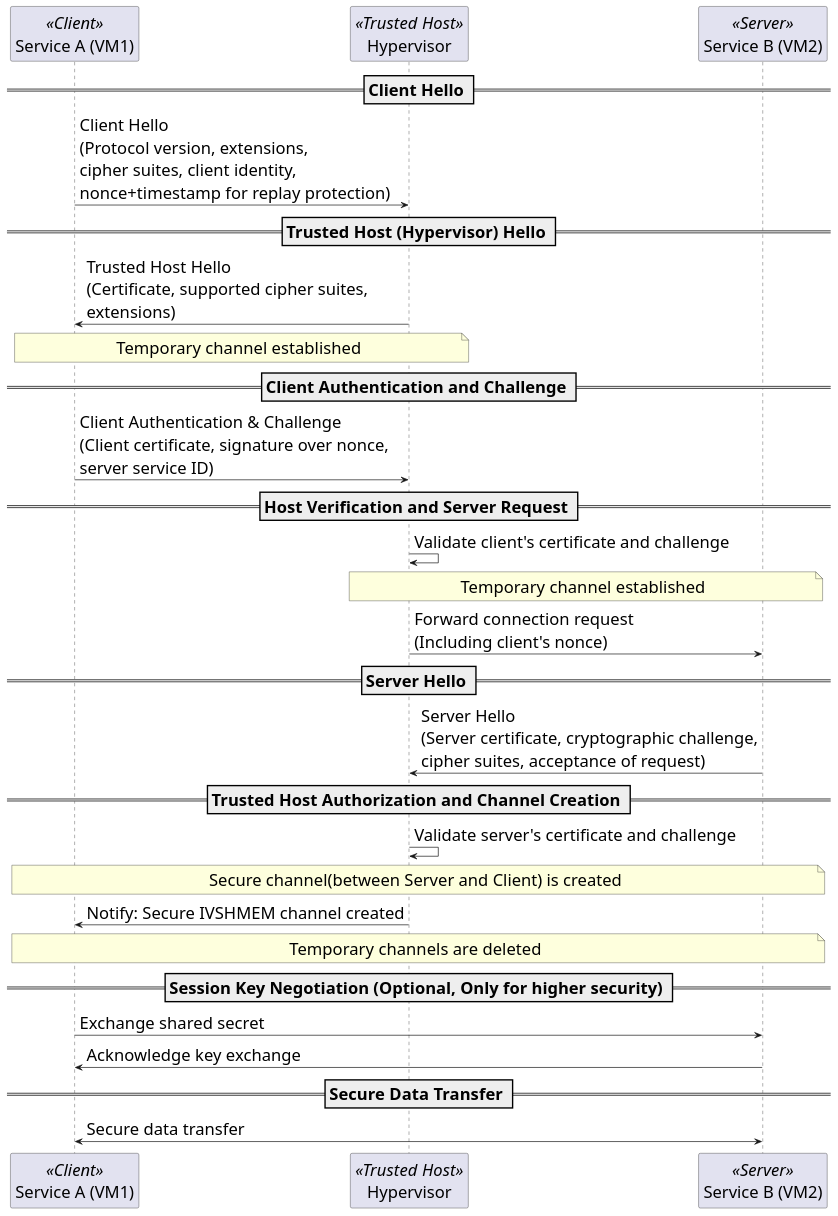
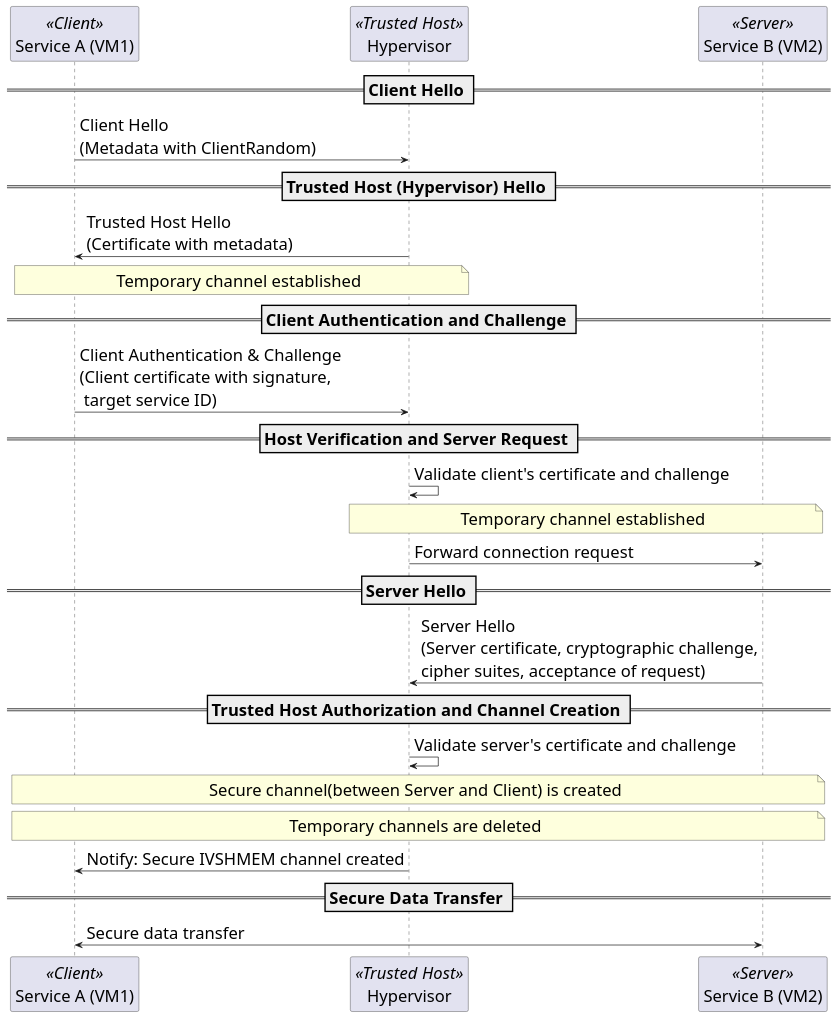
The diagram in assets/umls/secure_protocol.puml (5yearsKim/SecureIVSHMEM), drawn with PlantUML before and after one commit. The commit also changed 8 other files, not shown here.

```diff
--- a/assets/umls/secure_protocol.puml
+++ b/assets/umls/secure_protocol.puml
@@ -1,43 +1,48 @@
 @startuml Channel Protocol
+
 skinparam participantStyle rectangle
-skinparam defaultFontSize 24 
+skinparam defaultFontSize 24
+
+skinparam horizontalPadding  4
+skinparam verticalPadding    2
+
 
 
 participant "Service A (VM1)" as Client <<Client>>
 participant "Hypervisor" as Host <<Trusted Host>>
 participant "Service B (VM2)" as Server <<Server>>
 
 
 == Client Hello ==
-Client -> Host : Client Hello\n(Protocol version, extensions,\ncipher suites, client identity,\nnonce+timestamp for replay protection)
+Client -> Host : Client Hello\n(Metadata with ClientRandom)
 
 == Trusted Host (Hypervisor) Hello ==
-Host -> Client : Trusted Host Hello\n(Certificate, supported cipher suites,\nextensions)
+Host -> Client : Trusted Host Hello\n(Certificate with metadata)
 note over Client,Host: Temporary channel established
 
 == Client Authentication and Challenge ==
-Client -> Host : Client Authentication & Challenge\n(Client certificate, signature over nonce,\nserver service ID)
+Client -> Host : Client Authentication & Challenge\n(Client certificate with signature,\n target service ID)
 
 == Host Verification and Server Request ==
 Host -> Host : Validate client's certificate and challenge
 note over Host,Server: Temporary channel established
-Host -> Server : Forward connection request\n(Including client's nonce)
+Host -> Server : Forward connection request
 
 == Server Hello ==
 Server -> Host : Server Hello\n(Server certificate, cryptographic challenge,\ncipher suites, acceptance of request)
 
 == Trusted Host Authorization and Channel Creation ==
 Host -> Host : Validate server's certificate and challenge
 note over Client,Server: Secure channel(between Server and Client) is created
+note over Client,Server: Temporary channels are deleted
 Host -> Client : Notify: Secure IVSHMEM channel created
-note over Client,Server: Temporary channels are deleted
 
-== Session Key Negotiation (Optional, Only for higher security) ==
-Client -> Server : Exchange shared secret
-Server -> Client : Acknowledge key exchange
+' == Session Key Negotiation (Optional, Only for higher security) ==
+' Client -> Server : Exchange shared secret
+' Server -> Client : Acknowledge key exchange
 
 == Secure Data Transfer ==
 Client <-> Server : Secure data transfer
 
 
 @enduml
```
